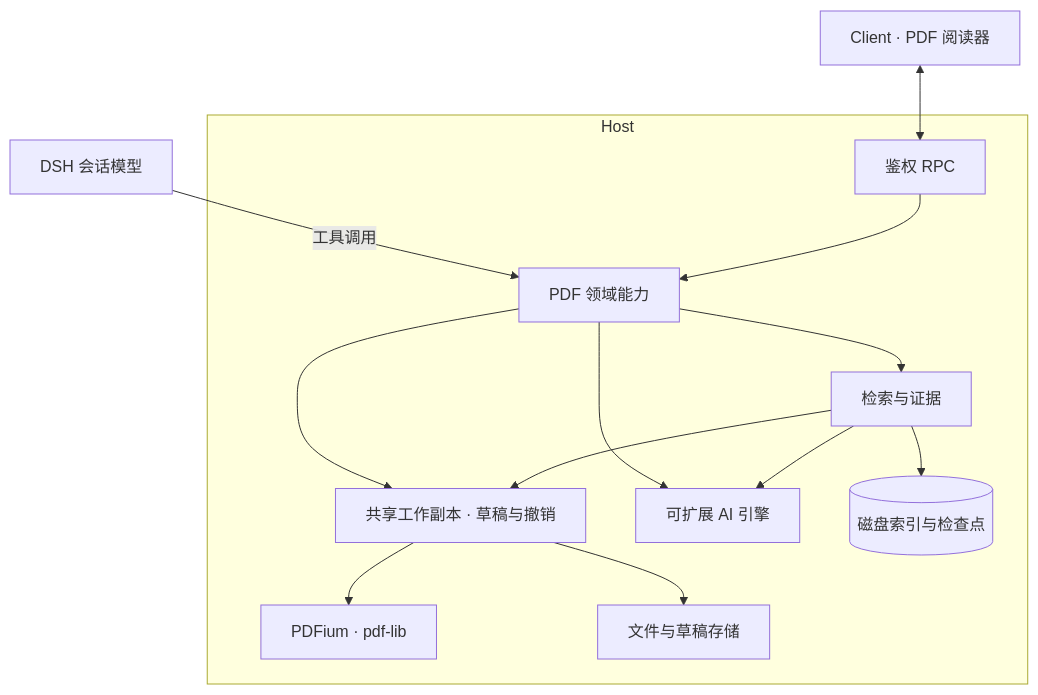
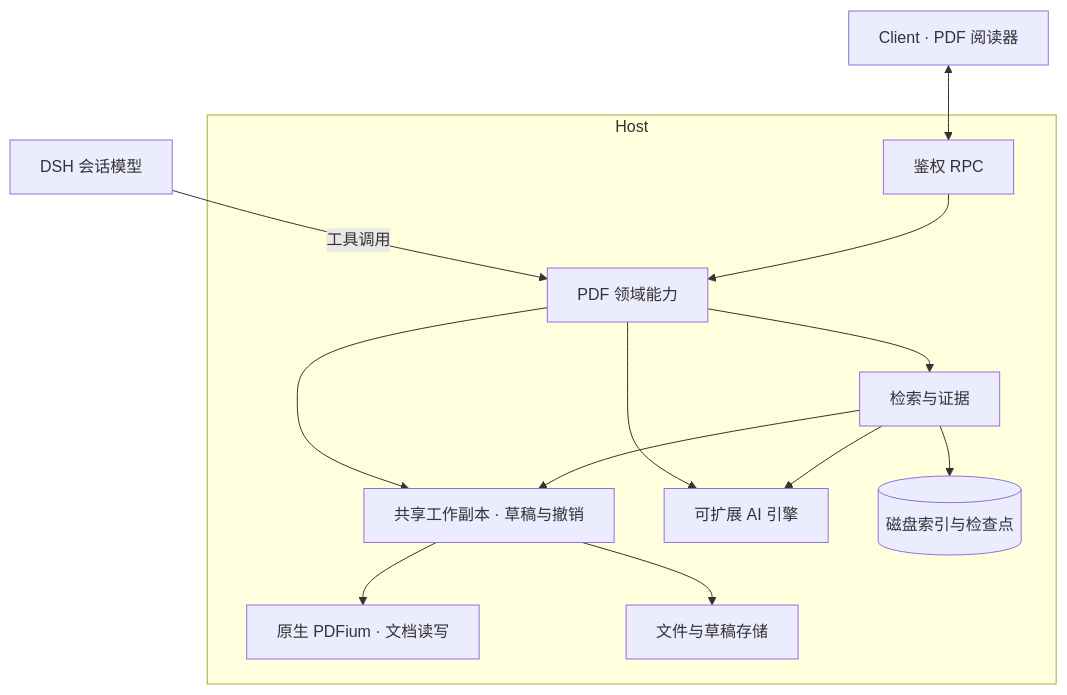
Before and after one commit to dingyiliao/dsh-bundle-pdf: the diagram in README.zh.md, drawn with Mermaid. The commit also changed other lines of this file and 524 other files, not shown here.

````diff
--- a/README.zh.md
+++ b/README.zh.md
@@ -86,16 +88,16 @@
 ```mermaid
 flowchart TB
   Reader["Client · PDF 阅读器"] <--> RPC
   Model["DSH 会话模型"] -- "工具调用" --> Features
   subgraph Host
     RPC["鉴权 RPC"] --> Features["PDF 领域能力"]
     Features --> Copy["共享工作副本 · 草稿与撤销"]
     Features --> Search["检索与证据"]
     Features --> Engines["可扩展 AI 引擎"]
     Search --> Copy
     Search --> Engines
     Search --> Index[("磁盘索引与检查点")]
-    Copy --> PDF["PDFium · pdf-lib"]
+    Copy --> PDF["原生 PDFium · 文档读写"]
     Copy --> Storage["文件与草稿存储"]
   end
 ```
````
